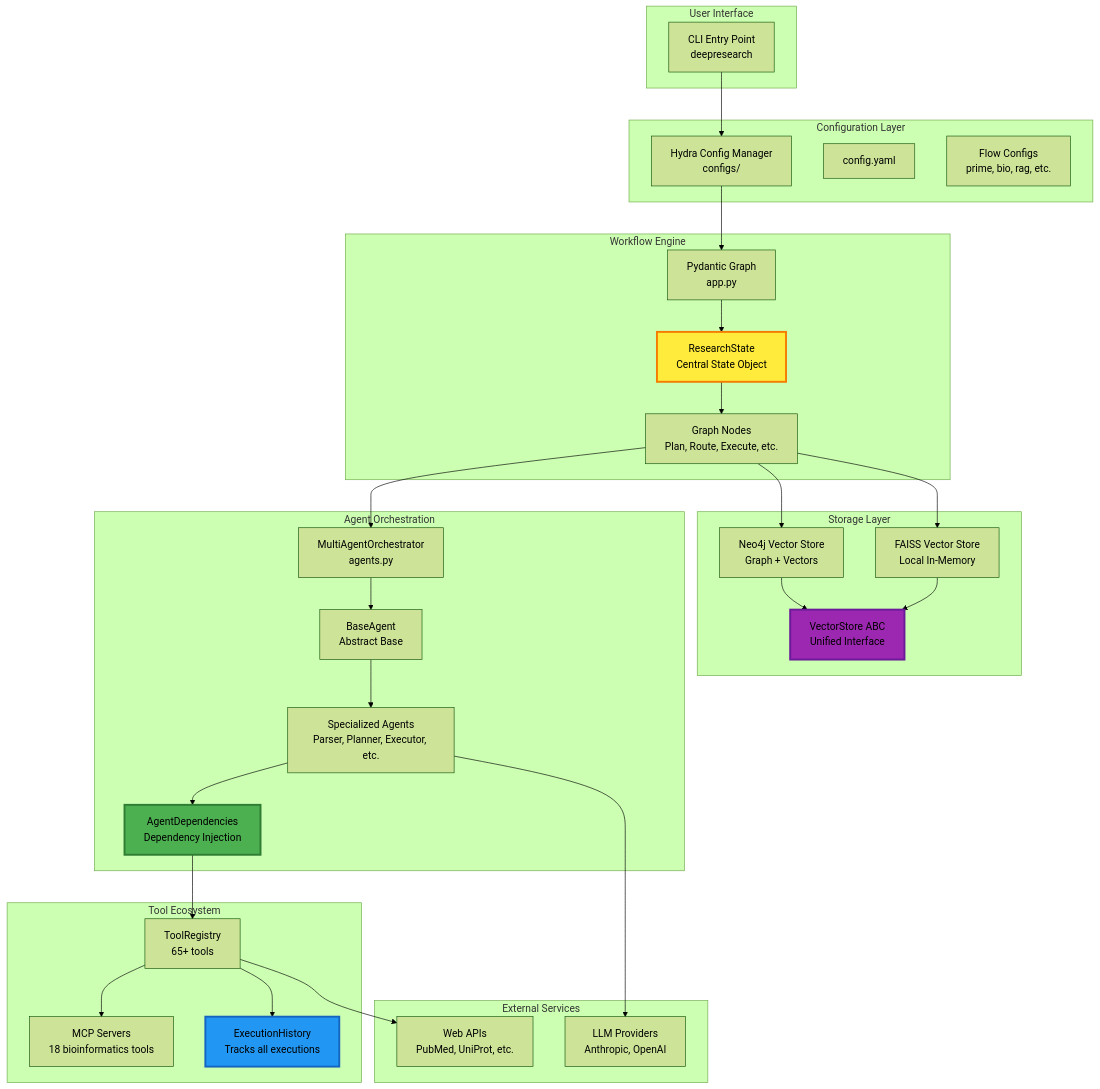
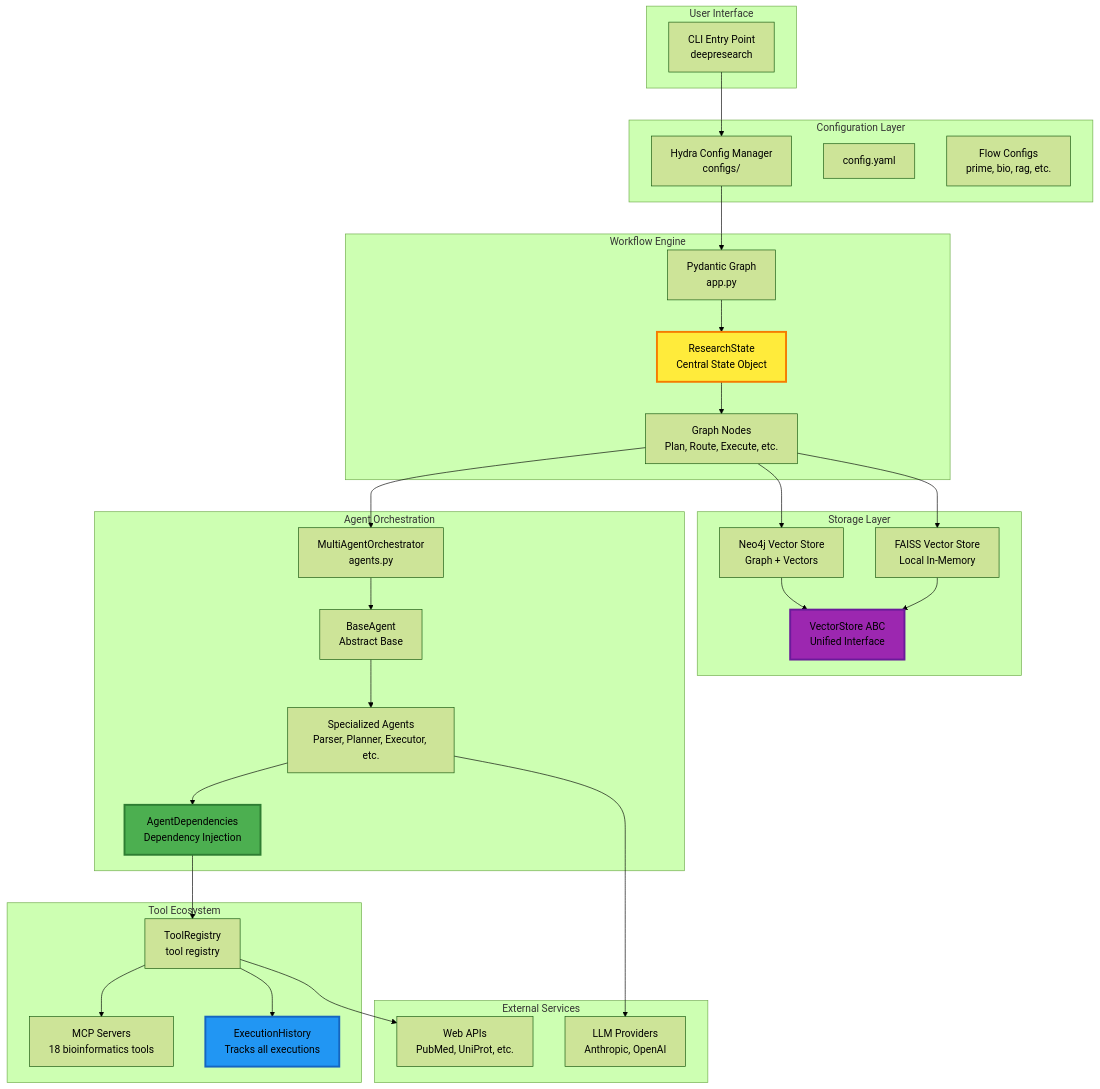
The first of 5 diagrams in memory_specs/PHASE_1_BASELINE_FOUNDATION.md (The-Obstacle-Is-The-Way/DeepCritical), drawn with Mermaid (forest theme) before and after one commit. The commit also changed other lines of this file, not shown here.

````diff
--- a/memory_specs/PHASE_1_BASELINE_FOUNDATION.md
+++ b/memory_specs/PHASE_1_BASELINE_FOUNDATION.md
@@ -51,65 +51,65 @@
 ```mermaid
 graph TB
     subgraph "User Interface"
         CLI[CLI Entry Point<br/>deepresearch]
     end
 
     subgraph "Configuration Layer"
         Hydra[Hydra Config Manager<br/>configs/]
         ConfigYAML[config.yaml]
         FlowConfigs[Flow Configs<br/>prime, bio, rag, etc.]
     end
 
     subgraph "Workflow Engine"
         PGraph[Pydantic Graph<br/>app.py]
         ResearchState[ResearchState<br/>Central State Object]
         Nodes[Graph Nodes<br/>Plan, Route, Execute, etc.]
     end
 
     subgraph "Agent Orchestration"
         MultiAgent[MultiAgentOrchestrator<br/>agents.py]
         BaseAgent[BaseAgent<br/>Abstract Base]
         SpecializedAgents[Specialized Agents<br/>Parser, Planner, Executor, etc.]
         AgentDeps[AgentDependencies<br/>Dependency Injection]
     end
 
     subgraph "Tool Ecosystem"
-        ToolRegistry[ToolRegistry<br/>65+ tools]
+        ToolRegistry[ToolRegistry<br/>tool registry]
         MCPServers[MCP Servers<br/>18 bioinformatics tools]
         ExecHistory[ExecutionHistory<br/>Tracks all executions]
     end
 
     subgraph "Storage Layer"
         Neo4j[Neo4j Vector Store<br/>Graph + Vectors]
         FAISS[FAISS Vector Store<br/>Local In-Memory]
         VectorStoreABC[VectorStore ABC<br/>Unified Interface]
     end
 
     subgraph "External Services"
         LLM[LLM Providers<br/>Anthropic, OpenAI]
         WebAPIs[Web APIs<br/>PubMed, UniProt, etc.]
     end
 
     CLI --> Hydra
     Hydra --> PGraph
     PGraph --> ResearchState
     ResearchState --> Nodes
     Nodes --> MultiAgent
     MultiAgent --> BaseAgent
     BaseAgent --> SpecializedAgents
     SpecializedAgents --> AgentDeps
     AgentDeps --> ToolRegistry
     ToolRegistry --> MCPServers
     ToolRegistry --> ExecHistory
     SpecializedAgents --> LLM
     ToolRegistry --> WebAPIs
     Nodes --> Neo4j
     Nodes --> FAISS
     Neo4j --> VectorStoreABC
     FAISS --> VectorStoreABC
 
     style ResearchState fill:#ffeb3b,stroke:#f57c00,stroke-width:3px
     style AgentDeps fill:#4caf50,stroke:#2e7d32,stroke-width:3px
     style ExecHistory fill:#2196f3,stroke:#1565c0,stroke-width:3px
     style VectorStoreABC fill:#9c27b0,stroke:#6a1b9a,stroke-width:3px
 ```
````
